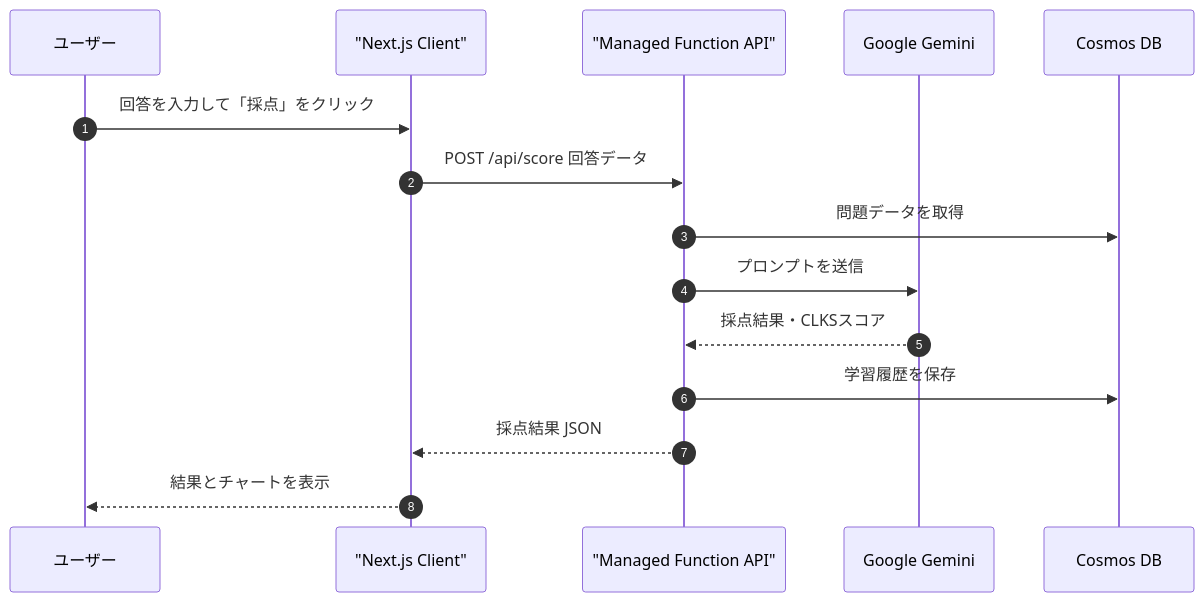
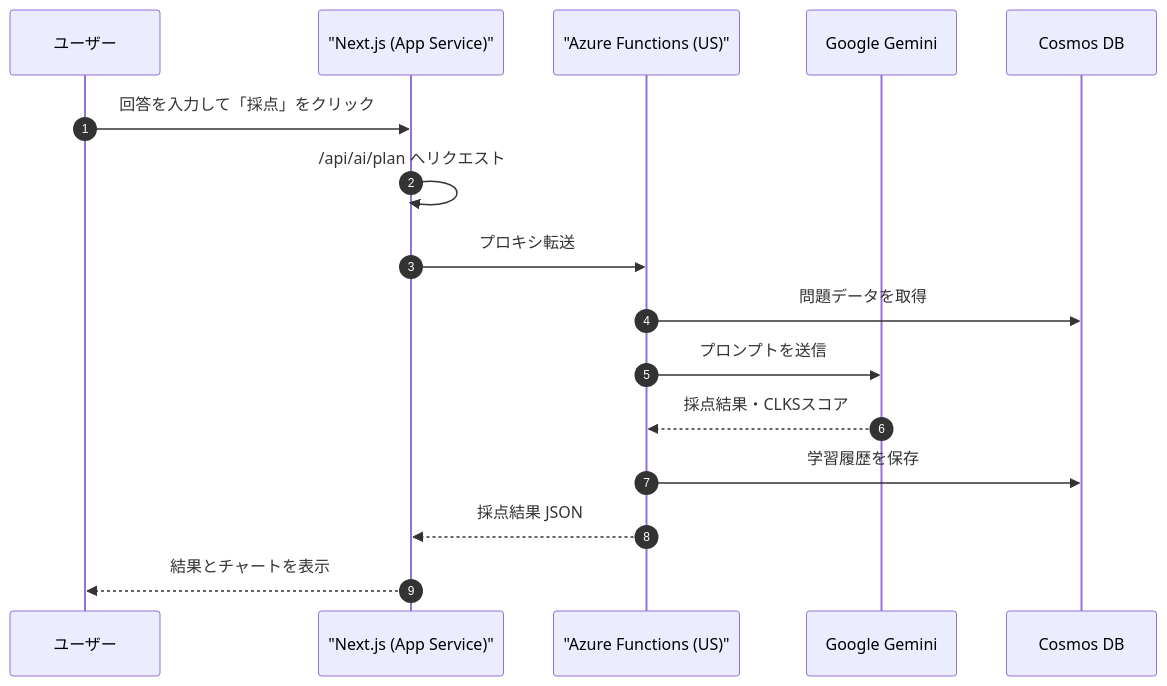
The second of 2 diagrams in README.md (keisato848/IpaLab), drawn with Mermaid before and after one commit. The commit also changed other lines of this file and 2 other files, not shown here.

````diff
--- a/README.md
+++ b/README.md
@@ -71,18 +85,19 @@
 ```mermaid
 sequenceDiagram
     autonumber
     participant User as ユーザー
-    participant NextJS as "Next.js Client"
-    participant API as "Managed Function API"
+    participant NextJS as "Next.js (App Service)"
+    participant FuncAI as "Azure Functions (US)"
     participant Gemini as Google Gemini
     participant DB as Cosmos DB
 
     User->>NextJS: 回答を入力して「採点」をクリック
-    NextJS->>API: POST /api/score 回答データ
-    API->>DB: 問題データを取得
-    API->>Gemini: プロンプトを送信
-    Gemini-->>API: 採点結果・CLKSスコア
-    API->>DB: 学習履歴を保存
-    API-->>NextJS: 採点結果 JSON
+    NextJS->>NextJS: /api/ai/plan へリクエスト
+    NextJS->>FuncAI: プロキシ転送
+    FuncAI->>DB: 問題データを取得
+    FuncAI->>Gemini: プロンプトを送信
+    Gemini-->>FuncAI: 採点結果・CLKSスコア
+    FuncAI->>DB: 学習履歴を保存
+    FuncAI-->>NextJS: 採点結果 JSON
     NextJS-->>User: 結果とチャートを表示
 ```
````
